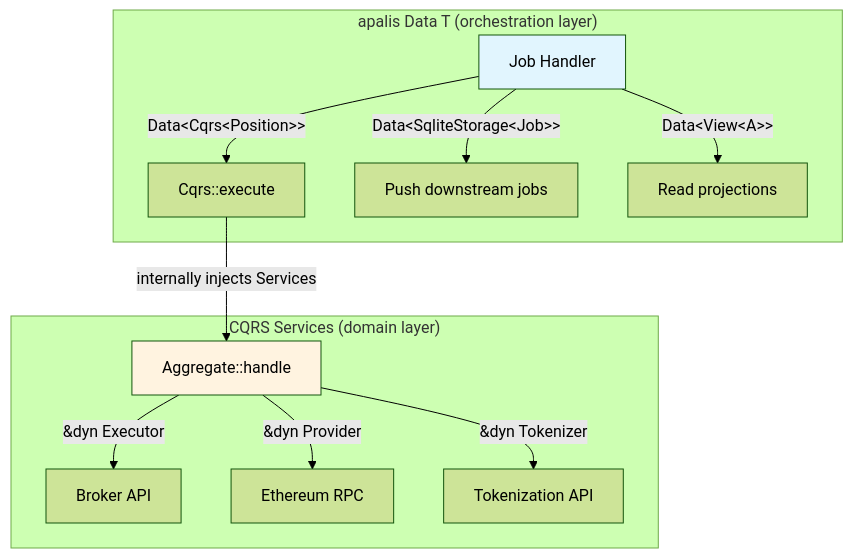
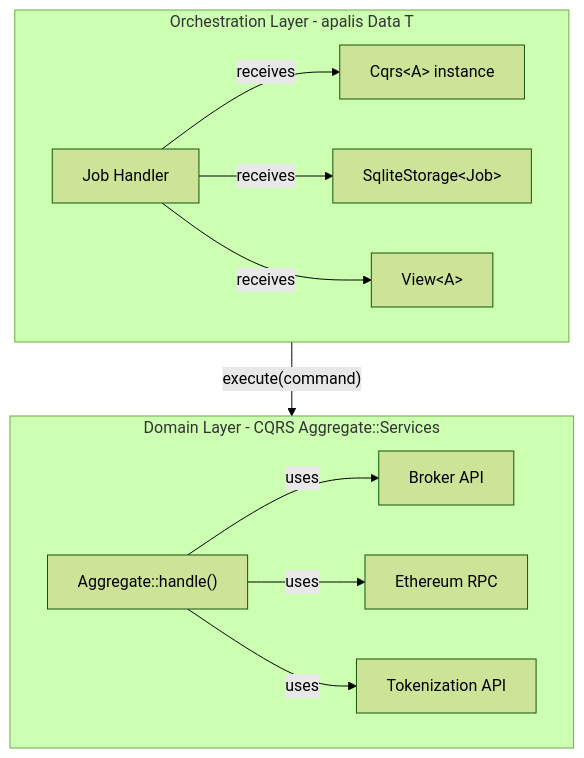
Before and after one commit to ST0x-Technology/st0x.liquidity: the first of 8 diagrams in SPEC.md, drawn with Mermaid (forest theme). The commit also changed other lines of this file, not shown here.

Commit message:
clean up the diagram

````diff
--- a/SPEC.md
+++ b/SPEC.md
@@ -198,19 +198,26 @@
 ```mermaid
-graph TB
-    subgraph "apalis Data T (orchestration layer)"
+graph TD
+    subgraph "Orchestration Layer - apalis Data T"
+        direction LR
         JH[Job Handler]
-        JH -->|"Data&lt;Cqrs&lt;Position&gt;&gt;"| CQRS[Cqrs::execute]
-        JH -->|"Data&lt;SqliteStorage&lt;Job&gt;&gt;"| PQ[Push downstream jobs]
-        JH -->|"Data&lt;View&lt;A&gt;&gt;"| VR[Read projections]
+        CQRS_I["Cqrs&lt;A&gt; instance"]
+        JQ["SqliteStorage&lt;Job&gt;"]
+        VIEW["View&lt;A&gt;"]
+        JH -->|receives| CQRS_I
+        JH -->|receives| JQ
+        JH -->|receives| VIEW
     end
 
-    subgraph "CQRS Services (domain layer)"
-        CQRS -->|"internally injects Services"| AH[Aggregate::handle]
-        AH -->|"&dyn Executor"| Broker[Broker API]
-        AH -->|"&dyn Provider"| RPC[Ethereum RPC]
-        AH -->|"&dyn Tokenizer"| TOK[Tokenization API]
+    CQRS_I -->|"execute(command)"| HANDLE
+
+    subgraph "Domain Layer - CQRS Aggregate::Services"
+        direction LR
+        HANDLE["Aggregate::handle()"]
+        BROKER[Broker API]
+        RPC[Ethereum RPC]
+        TOKEN[Tokenization API]
+        HANDLE -->|uses| BROKER
+        HANDLE -->|uses| RPC
+        HANDLE -->|uses| TOKEN
     end
-
-    style JH fill:#e1f5fe
-    style AH fill:#fff3e0
 ```
````
